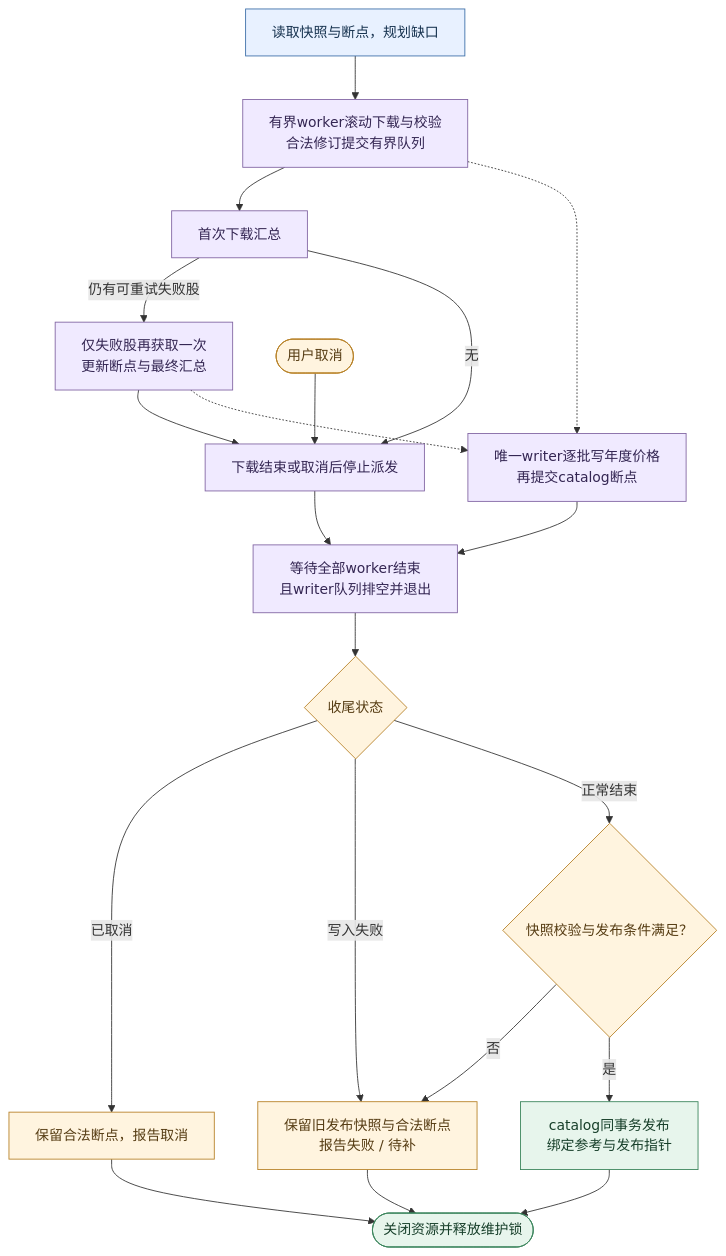
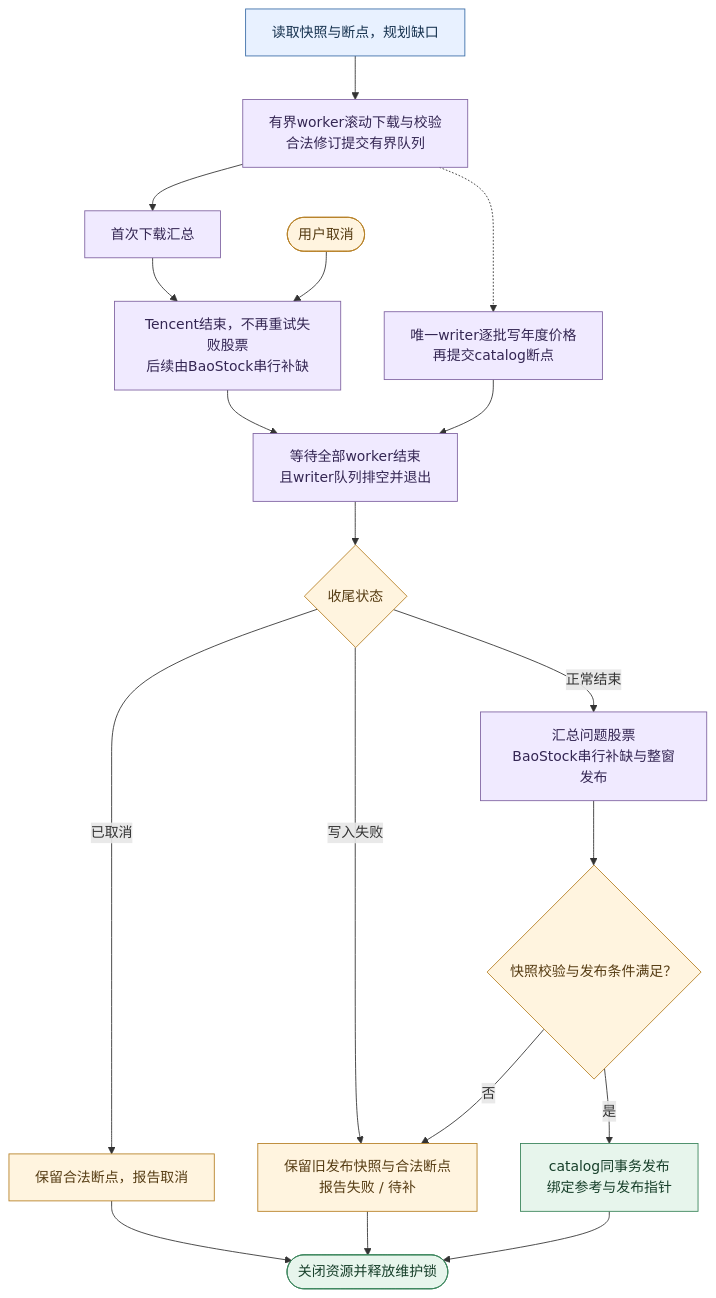
One commit to 373699756/trader changed the second of 3 diagrams in docs/4_下载训练.md. Above: the diagram before and after it, drawn with Mermaid. The commit also changed other lines of this file and 6 other files, not shown here.

````diff
--- a/docs/4_下载训练.md
+++ b/docs/4_下载训练.md
@@ -336,30 +336,28 @@
 ```mermaid
 flowchart TD
     Plan["读取快照与断点，规划缺口"] --> Work["有界worker滚动下载与校验<br/>合法修订提交有界队列"]
     Work --> Summary["首次下载汇总"]
-    Summary -->|仍有可重试失败股| Retry["仅失败股再获取一次<br/>更新断点与最终汇总"]
-    Summary -->|无| Stop["下载结束或取消后停止派发"]
-    Retry --> Stop
+    Summary --> Stop["Tencent结束，不再重试失败股票<br/>后续由BaoStock串行补缺"]
     Cancel(["用户取消"]) --> Stop
     Work -.-> Writer["唯一writer逐批写年度价格<br/>再提交catalog断点"]
-    Retry -.-> Writer
     Stop --> Join["等待全部worker结束<br/>且writer队列排空并退出"]
     Writer --> Join
     Join --> State{"收尾状态"}
     State -->|已取消| Cancelled["保留合法断点，报告取消"]
     State -->|写入失败| Pending["保留旧发布快照与合法断点<br/>报告失败 / 待补"]
-    State -->|正常结束| Verify{"快照校验与发布条件满足？"}
+    State -->|正常结束| Bao["汇总问题股票<br/>BaoStock串行补缺与整窗发布"]
+    Bao --> Verify{"快照校验与发布条件满足？"}
     Verify -->|否| Pending
     Verify -->|是| Publish["catalog同事务发布<br/>绑定参考与发布指针"]
     Publish --> Exit(["关闭资源并释放维护锁"])
     Pending --> Exit
     Cancelled --> Exit
     classDef input fill:#e8f1ff,stroke:#3b6ea8,color:#16324f;
     classDef work fill:#f0eaff,stroke:#8064a2,color:#342653;
     classDef result fill:#e7f5ec,stroke:#39845a,color:#173f2a;
     classDef gate fill:#fff4df,stroke:#b78126,color:#563c13;
     class Plan input;
-    class Work,Summary,Retry,Writer,Stop,Join work;
+    class Work,Summary,Writer,Stop,Join,Bao work;
     class Publish,Exit result;
     class State,Verify,Pending,Cancel,Cancelled gate;
 ```
````
